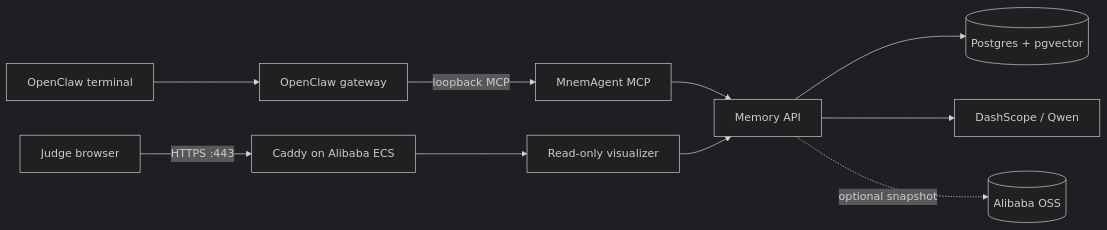
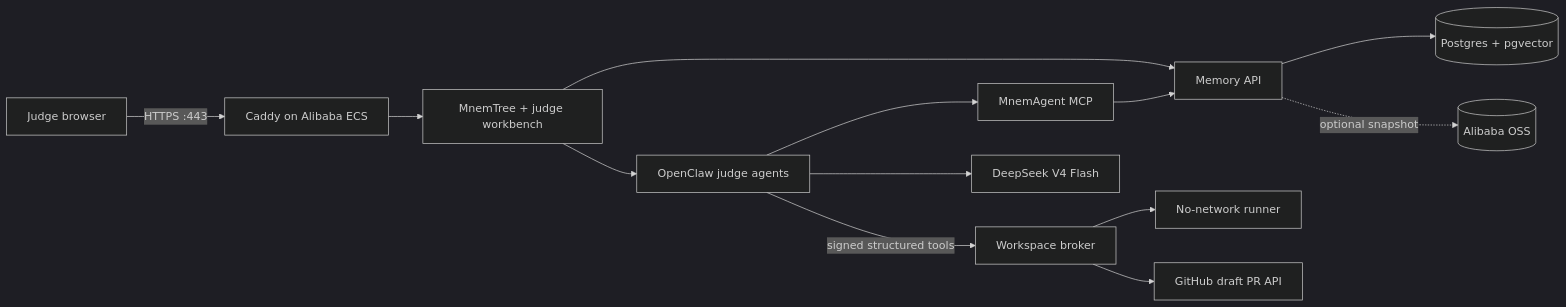
The diagram in docs/ARCHITECTURE.md (crankysmh47/MnemAgent), drawn with Mermaid (dark theme) before and after one commit. The commit also changed other lines of this file and 57 other files, not shown here.

Commit message:
feat: finalize sponsored MnemCode judge experience

````diff
--- a/docs/ARCHITECTURE.md
+++ b/docs/ARCHITECTURE.md
@@ -229,12 +229,15 @@
 ```mermaid
 flowchart LR
   J["Judge browser"] -->|"HTTPS :443"| C["Caddy on Alibaba ECS"]
-  T["OpenClaw terminal"] --> O["OpenClaw gateway"]
-  C --> V["Read-only visualizer"]
-  O -->|"loopback MCP"| M["MnemAgent MCP"]
+  C --> V["MnemTree + judge workbench"]
+  V --> O["OpenClaw judge agents"]
+  O --> M["MnemAgent MCP"]
+  O -->|"signed structured tools"| B["Workspace broker"]
   M --> A["Memory API"]
   V --> A
   A --> P[("Postgres + pgvector")]
-  A --> Q["DashScope / Qwen"]
+  O --> D["DeepSeek V4 Flash"]
+  B --> R["No-network runner"]
+  B --> G["GitHub draft PR API"]
   A -. "optional snapshot" .-> S[("Alibaba OSS")]
 ```
````
